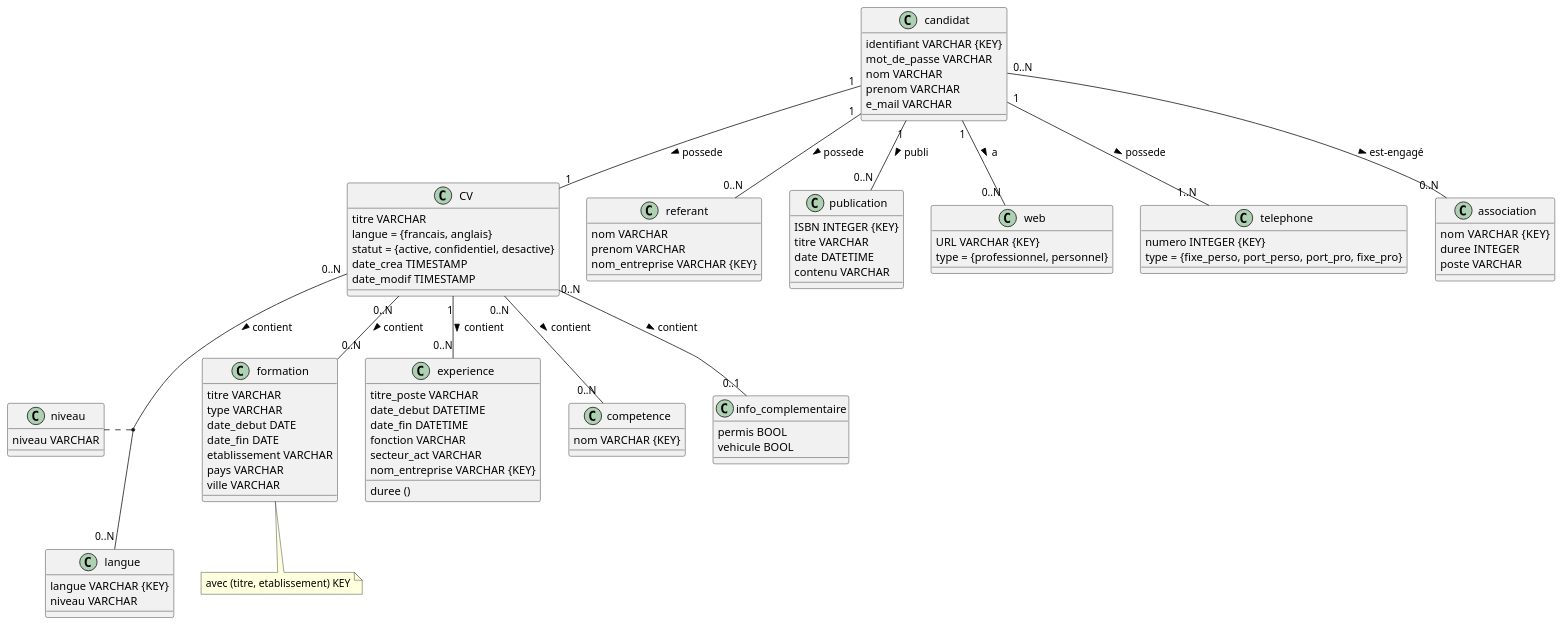
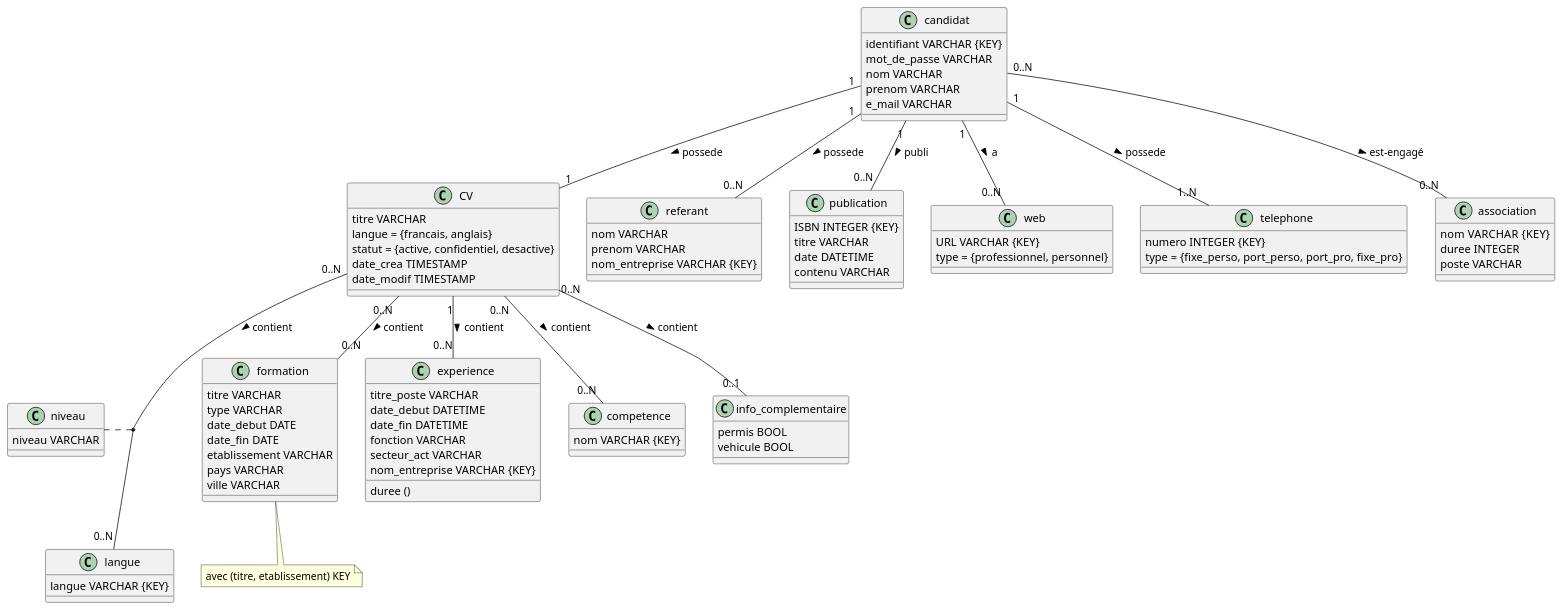
The diagram in UML.plantUML (louisepght/database_CVtheque), drawn with PlantUML before and after one commit.

```diff
--- a/UML.plantUML
+++ b/UML.plantUML
@@ -1,115 +1,114 @@
 @startuml
 
 CV "0..N" -- "0..N" formation : contient >
 
 CV "1" -- "0..N" experience : contient >
 
 CV "0..N" -- "0..N" competence : contient >
 
 CV "0..N" -- "0..N" langue : contient >
 
 CV "0..N" -- "0..1" info_complementaire : contient >
 
 candidat "1" -- "1" CV : possede >
 
 candidat "1"-- "0..N" referant : possede >
 
 candidat "1" -- "0..N" publication : publi >
 
 candidat "1" -- "0..N" web : a > 
 
 candidat "1" -- "1..N" telephone : possede >
 
 candidat "0..N" -- "0..N" association : est-engagé >
 
 niveau .. (CV, langue)
 
 class niveau {
     niveau VARCHAR
 }
 
 class CV {
   titre VARCHAR 
   langue = {francais, anglais}
   statut = {active, confidentiel, desactive}
   date_crea TIMESTAMP
   date_modif TIMESTAMP
 }
 
 class formation { 
   titre VARCHAR 
   type VARCHAR 
   date_debut DATE
   date_fin DATE
   etablissement VARCHAR 
   pays VARCHAR
   ville VARCHAR
 }
 
 class formation
 note bottom: avec (titre, etablissement) KEY
 
 class experience{
     titre_poste VARCHAR 
     date_debut DATETIME 
     date_fin DATETIME 
     fonction VARCHAR 
     secteur_act VARCHAR 
     nom_entreprise VARCHAR {KEY} 
     duree ()
 }
 
 class competence{
     nom VARCHAR {KEY}
 }
 
 class langue{
     langue VARCHAR {KEY}
-    niveau VARCHAR
 }
 
 class info_complementaire{
     permis BOOL
     vehicule BOOL
 }
 
 class candidat{
     identifiant VARCHAR {KEY}
     mot_de_passe VARCHAR 
     nom VARCHAR
     prenom VARCHAR
     e_mail VARCHAR
 }
 
 class referant{
     nom VARCHAR
     prenom VARCHAR
     nom_entreprise VARCHAR {KEY}
 }
 
 class publication{
     ISBN INTEGER {KEY}
     titre VARCHAR 
     date DATETIME 
     contenu VARCHAR 
 }
 
 class web {
     URL VARCHAR {KEY}
     type = {professionnel, personnel}
 }
 
 class telephone {
     numero INTEGER {KEY}
     type = {fixe_perso, port_perso, port_pro, fixe_pro}
 }
 
 class association{
     nom VARCHAR  {KEY}
     duree INTEGER 
     poste VARCHAR
 }
 
 
 
 @enduml
```
